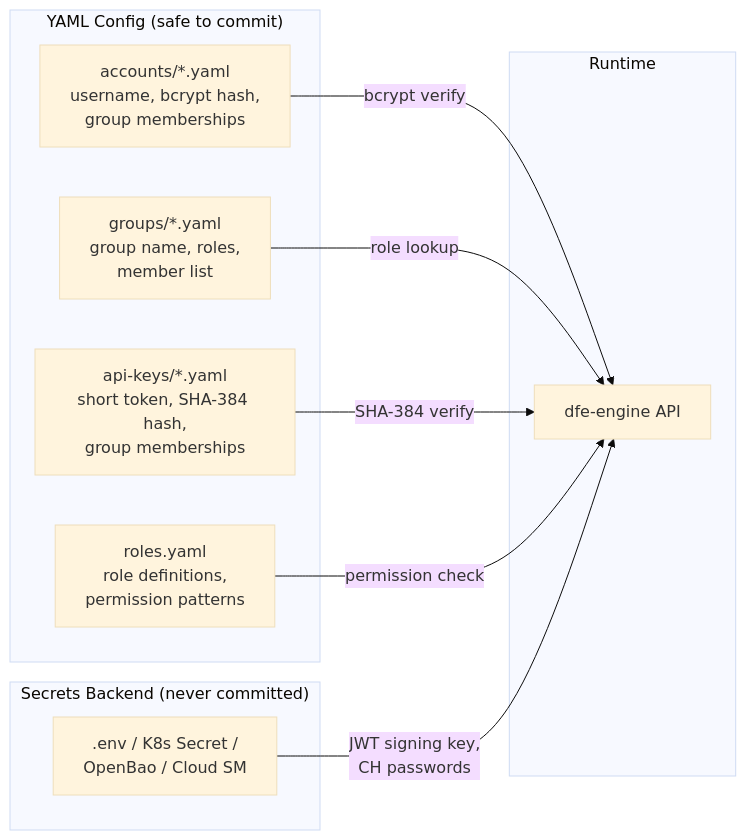
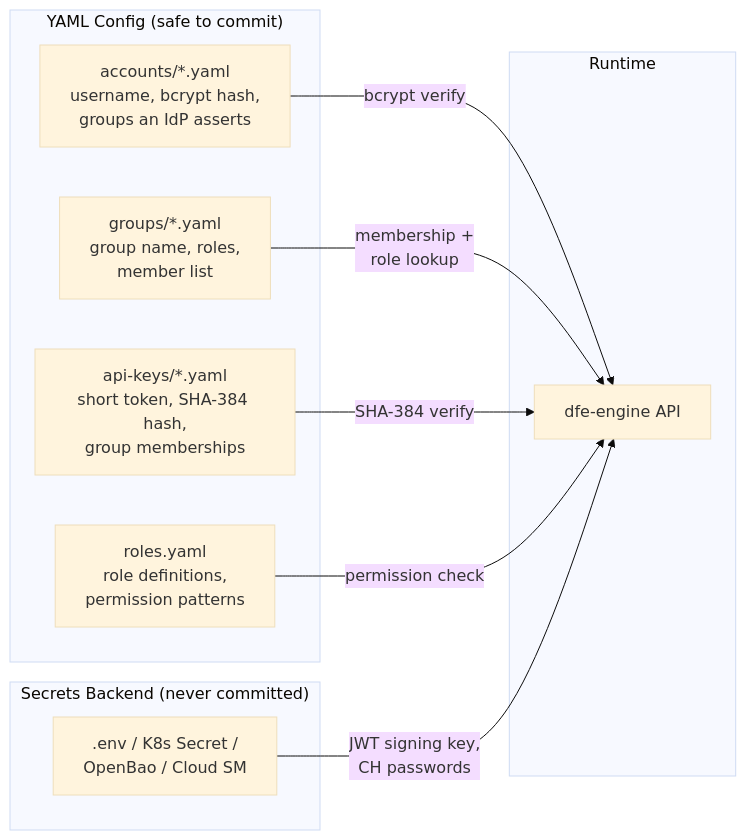
One commit to hyperi-io/dfe-engine changed the second of 11 diagrams in docs/control-plane/rbac.md. Above: the diagram before and after it, drawn with Mermaid (base theme). The commit also changed other lines of this file and 11 other files, not shown here.

````diff
--- a/docs/control-plane/rbac.md
+++ b/docs/control-plane/rbac.md
@@ -90,23 +90,23 @@
 ```mermaid
 flowchart LR
     subgraph "YAML Config (safe to commit)"
-        ACC["accounts/*.yaml<br/>username, bcrypt hash,<br/>group memberships"]
+        ACC["accounts/*.yaml<br/>username, bcrypt hash,<br/>groups an IdP asserts"]
         GRP["groups/*.yaml<br/>group name, roles,<br/>member list"]
         KEY["api-keys/*.yaml<br/>short token, SHA-384 hash,<br/>group memberships"]
         ROLES["roles.yaml<br/>role definitions,<br/>permission patterns"]
     end
 
     subgraph "Secrets Backend (never committed)"
         ENV[".env / K8s Secret /<br/>OpenBao / Cloud SM"]
     end
 
     subgraph "Runtime"
         API["dfe-engine API"]
     end
 
     ACC -->|bcrypt verify| API
-    GRP -->|role lookup| API
+    GRP -->|membership +<br/>role lookup| API
     KEY -->|SHA-384 verify| API
     ROLES -->|permission check| API
     ENV -->|JWT signing key,<br/>CH passwords| API
 ```
````
